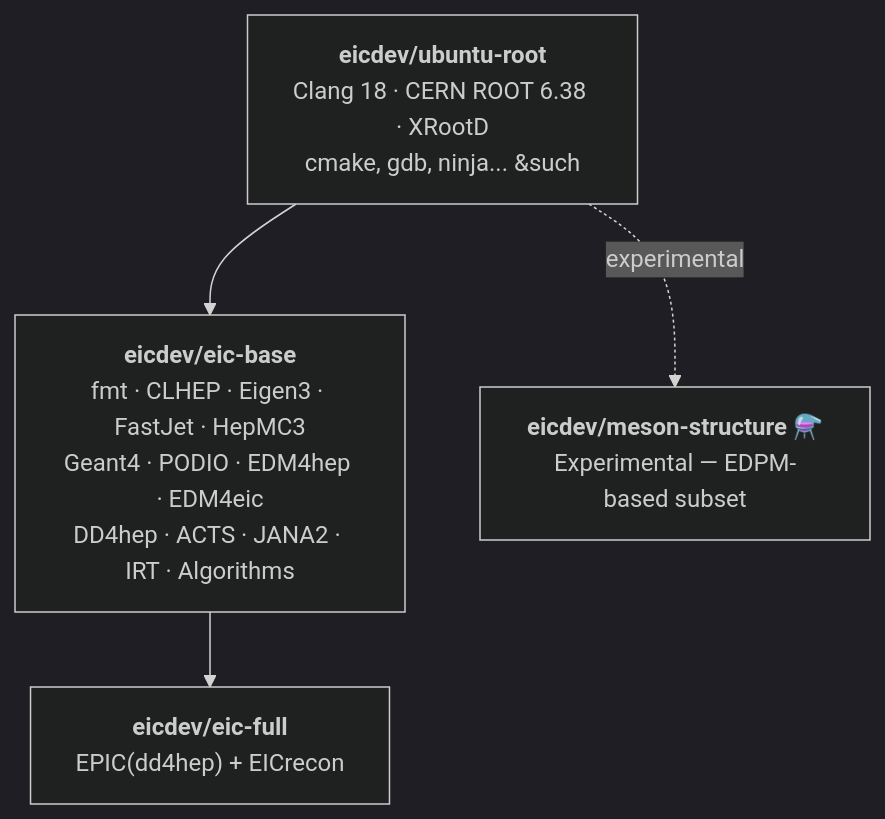
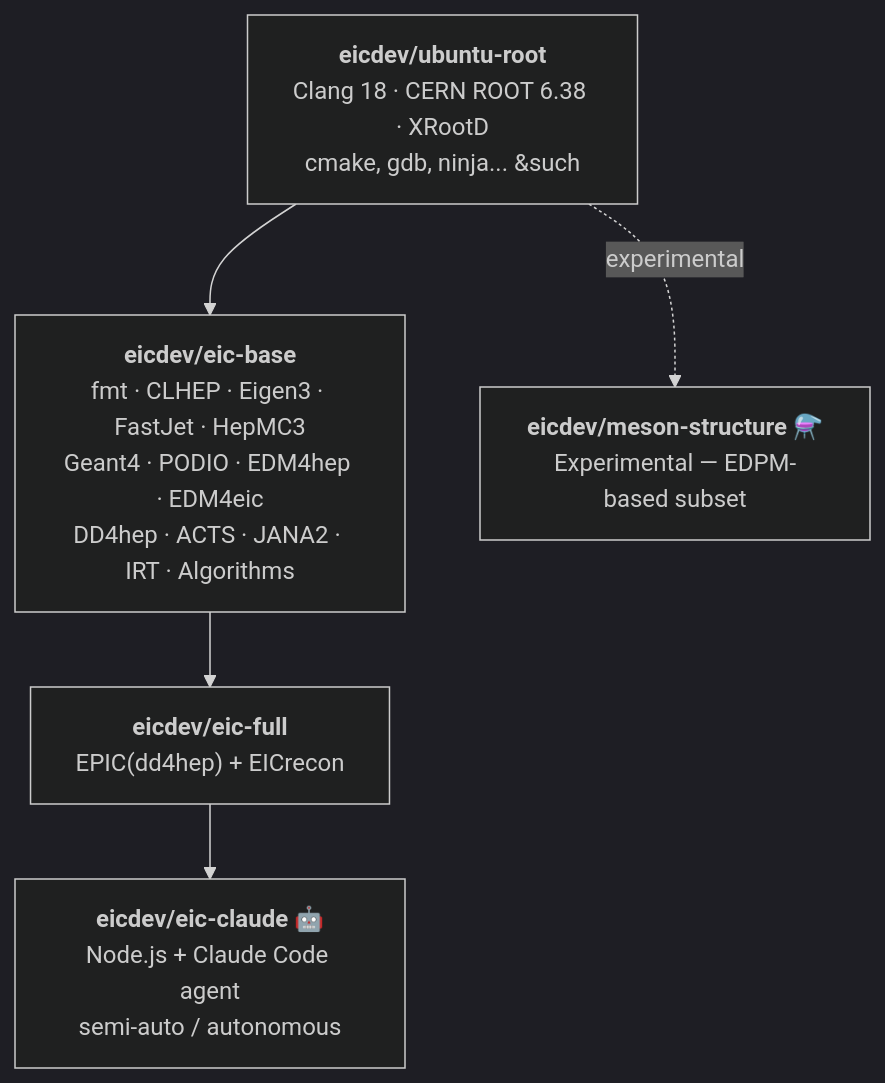
One commit to JeffersonLab/eicdev-containers changed the diagram in README.md. Above: the diagram before and after it, drawn with Mermaid (dark theme). The commit also changed other lines of this file and 6 other files, not shown here.

````diff
--- a/README.md
+++ b/README.md
@@ -14,13 +14,15 @@
 ```mermaid
 graph TD
     
     B["<b>eicdev/ubuntu-root</b><br/>Clang 18 · CERN ROOT 6.38 · XRootD<br/>cmake, gdb, ninja... &such"]
     C["<b>eicdev/eic-base</b><br/>fmt · CLHEP · Eigen3 · FastJet · HepMC3<br/>Geant4 · PODIO · EDM4hep · EDM4eic<br/>DD4hep · ACTS · JANA2 · IRT · Algorithms"]
     D["<b>eicdev/eic-full</b><br/>EPIC(dd4hep) + EICrecon"]
+    E["<b>eicdev/eic-claude</b> 🤖<br/>Node.js + Claude Code agent<br/>semi-auto / autonomous"]
     F["<b>eicdev/meson-structure</b> ⚗️<br/>Experimental — EDPM-based subset"]
 
     
     B --> C
     C --> D
+    D --> E
     B -.->|experimental| F
 ```
````
